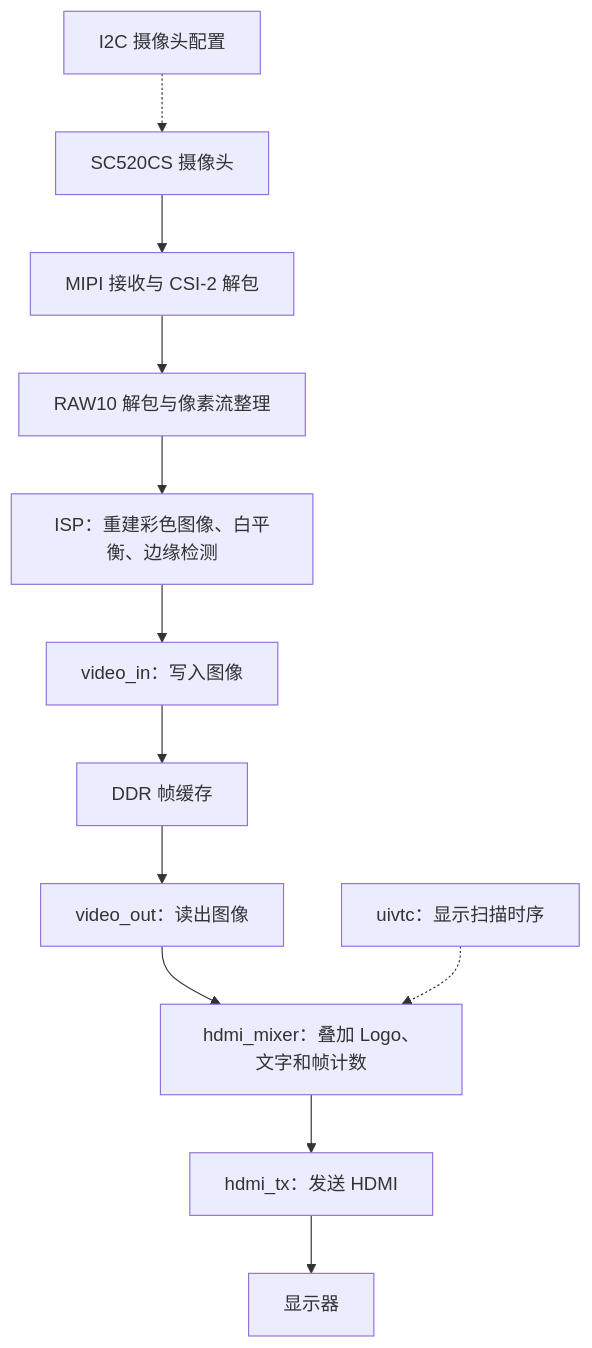
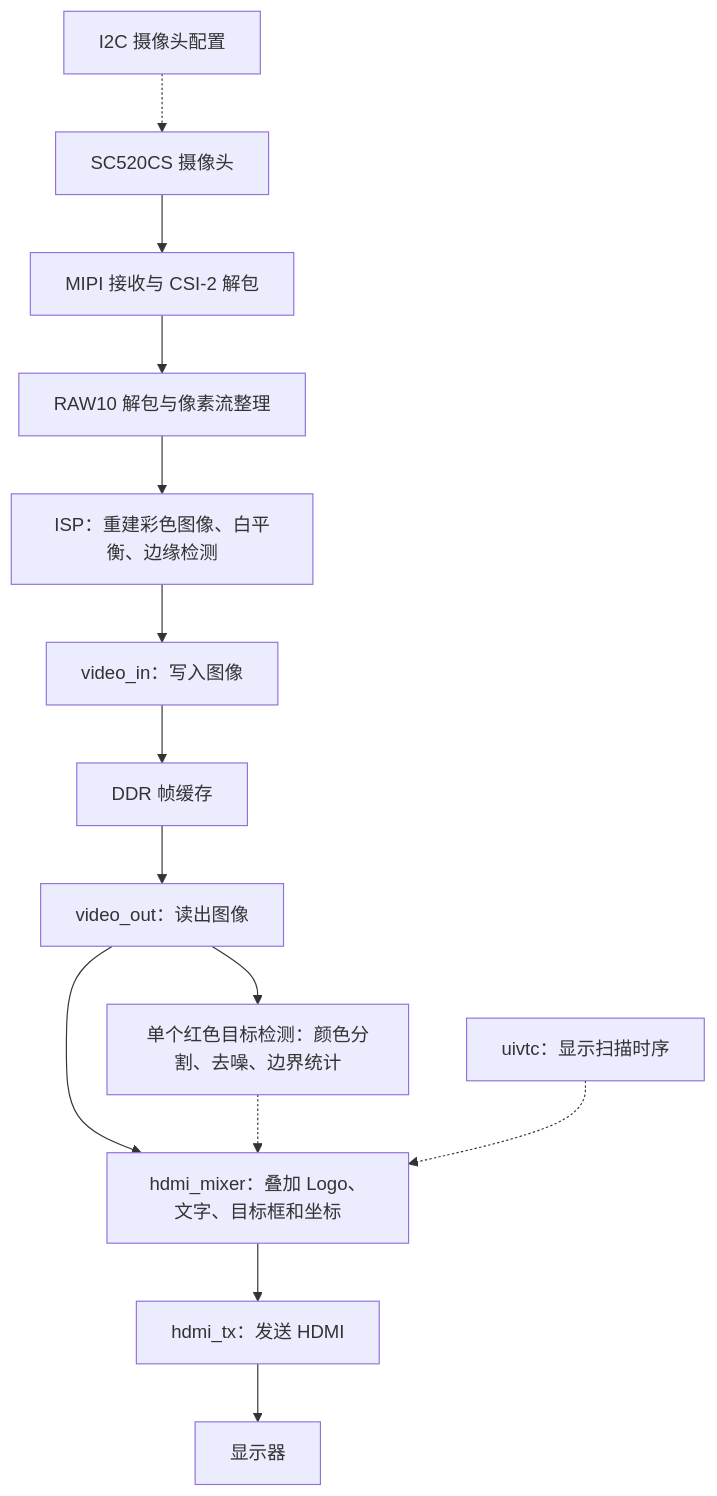
Before and after one commit to zhixiabei/FPGA-competition: the diagram in CODE_MAP.md, drawn with Mermaid. The commit also changed other lines of this file and 8 other files, not shown here.

````diff
--- a/CODE_MAP.md
+++ b/CODE_MAP.md
@@ -11,14 +31,16 @@
 ```mermaid
 flowchart TD
     CAM[SC520CS 摄像头] --> RX[MIPI 接收与 CSI-2 解包]
     RX --> RAW[RAW10 解包与像素流整理]
     RAW --> ISP[ISP：重建彩色图像、白平衡、边缘检测]
     ISP --> VIN[video_in：写入图像]
     VIN --> MEM[DDR 帧缓存]
     MEM --> VOUT[video_out：读出图像]
-    VOUT --> OSD[hdmi_mixer：叠加 Logo、文字和帧计数]
+    VOUT --> DET[单个红色目标检测：颜色分割、去噪、边界统计]
+    VOUT --> OSD[hdmi_mixer：叠加 Logo、文字、目标框和坐标]
+    DET -.-> OSD
     OSD --> TX[hdmi_tx：发送 HDMI]
     TX --> MON[显示器]
     CFG[I2C 摄像头配置] -.-> CAM
     VTC[uivtc：显示扫描时序] -.-> OSD
 ```
````
